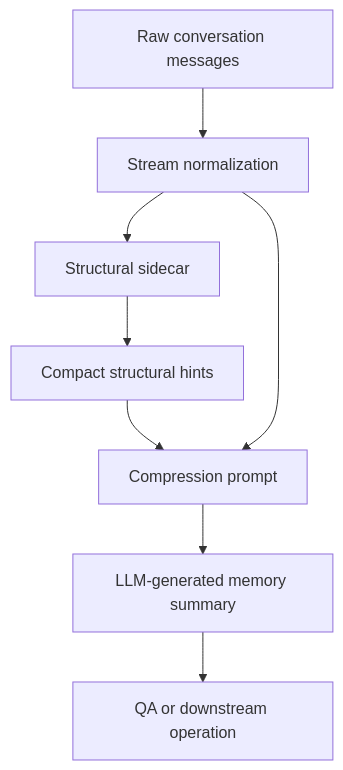
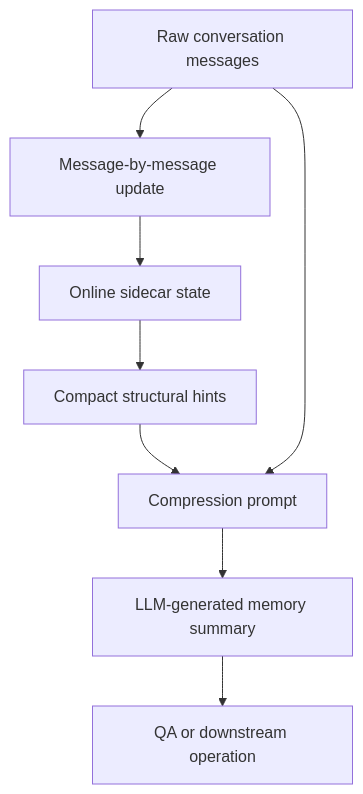
Before and after one commit to JackeyLGene/PhasePrompt: the diagram in docs/architecture.md, drawn with Mermaid. The commit also changed other lines of this file and 7 other files, not shown here.

````diff
--- a/docs/architecture.md
+++ b/docs/architecture.md
@@ -31,10 +59,10 @@
 ```mermaid
 flowchart TD
-    A["Raw conversation messages"] --> B["Stream normalization"]
-    B --> C["Structural sidecar"]
+    A["Raw conversation messages"] --> B["Message-by-message update"]
+    B --> C["Online sidecar state"]
     C --> D["Compact structural hints"]
     D --> E["Compression prompt"]
-    B --> E
+    A --> E
     E --> F["LLM-generated memory summary"]
     F --> G["QA or downstream operation"]
 ```
````
